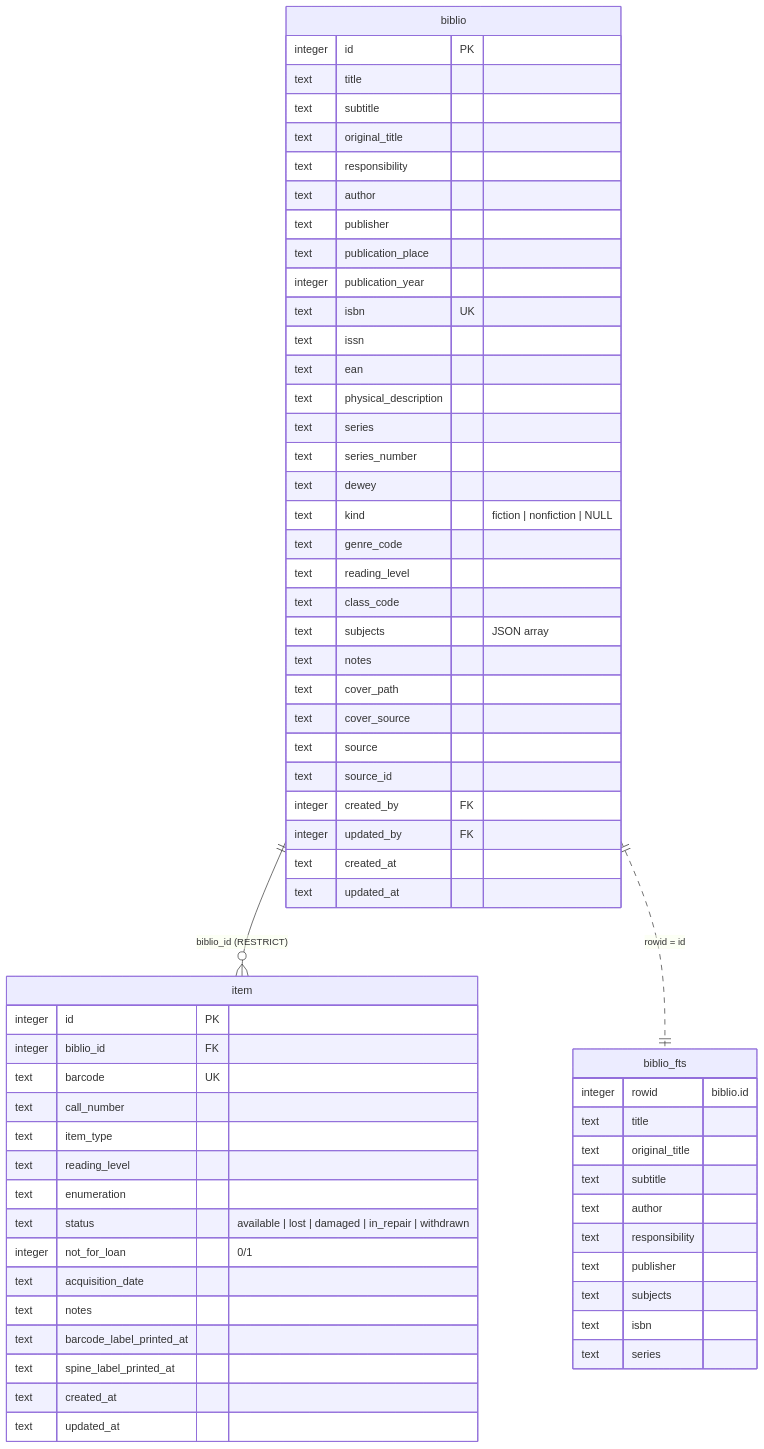
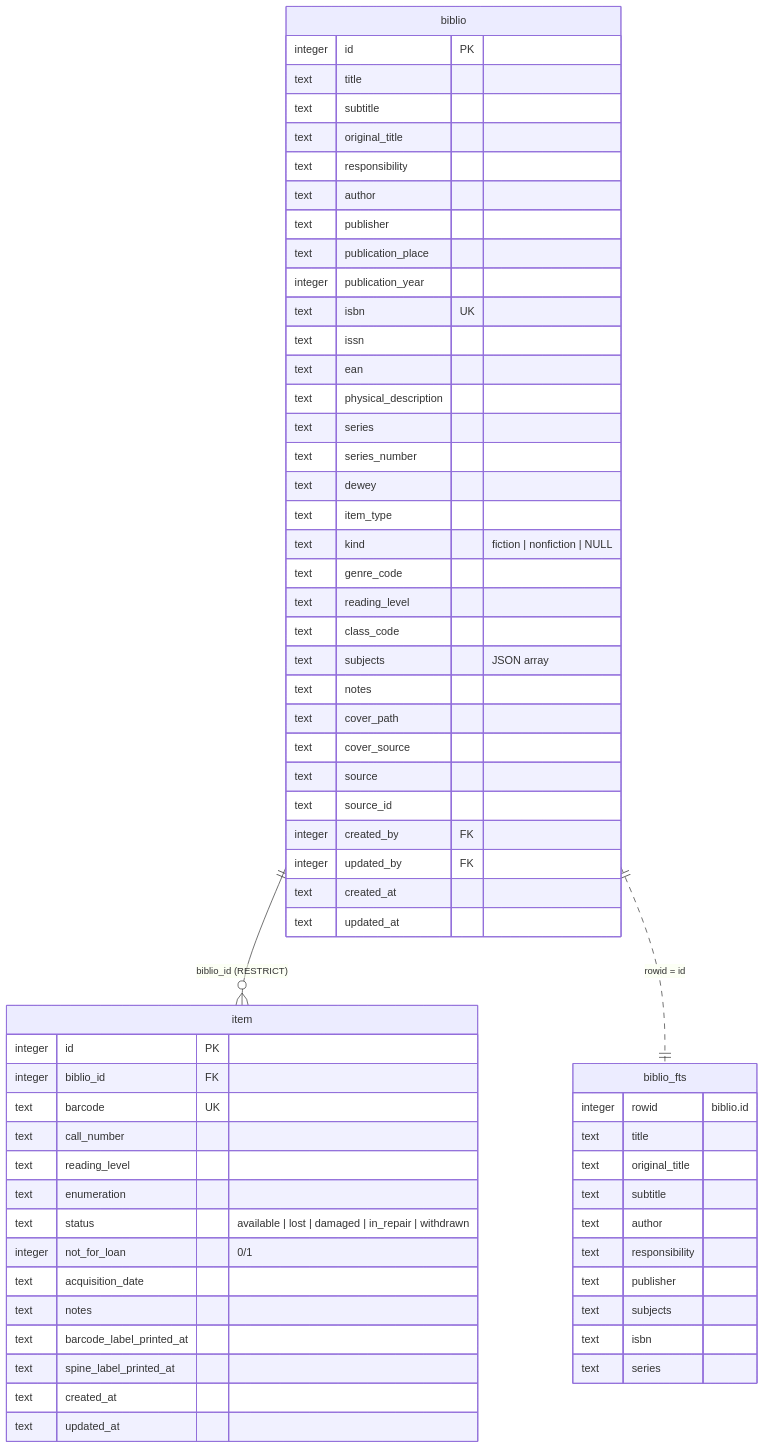
The second of 8 diagrams in docs/database.md (itotm/biblioviva), drawn with Mermaid before and after one commit. The commit also changed other lines of this file and 217 other files, not shown here.

First line of the commit message:
phase 9.44–9.48: authors "Surname, Name" in the demo, item type on the record, problem boxes in the docs, help button, language pack in the wizard

````diff
--- a/docs/database.md
+++ b/docs/database.md
@@ -110,66 +110,66 @@
 ```mermaid
 erDiagram
     biblio ||--o{ item : "biblio_id (RESTRICT)"
     biblio ||..|| biblio_fts : "rowid = id"
     biblio {
         integer id PK
         text title
         text subtitle
         text original_title
         text responsibility
         text author
         text publisher
         text publication_place
         integer publication_year
         text isbn UK
         text issn
         text ean
         text physical_description
         text series
         text series_number
         text dewey
+        text item_type
         text kind "fiction | nonfiction | NULL"
         text genre_code
         text reading_level
         text class_code
         text subjects "JSON array"
         text notes
         text cover_path
         text cover_source
         text source
         text source_id
         integer created_by FK
         integer updated_by FK
         text created_at
         text updated_at
     }
     item {
         integer id PK
         integer biblio_id FK
         text barcode UK
         text call_number
-        text item_type
         text reading_level
         text enumeration
         text status "available | lost | damaged | in_repair | withdrawn"
         integer not_for_loan "0/1"
         text acquisition_date
         text notes
         text barcode_label_printed_at
         text spine_label_printed_at
         text created_at
         text updated_at
     }
     biblio_fts {
         integer rowid "biblio.id"
         text title
         text original_title
         text subtitle
         text author
         text responsibility
         text publisher
         text subjects
         text isbn
         text series
     }
 ```
````
